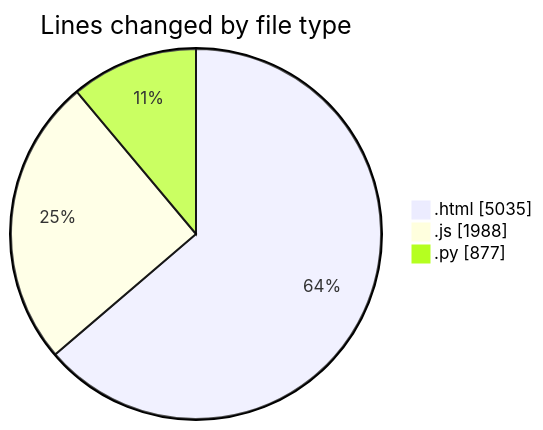
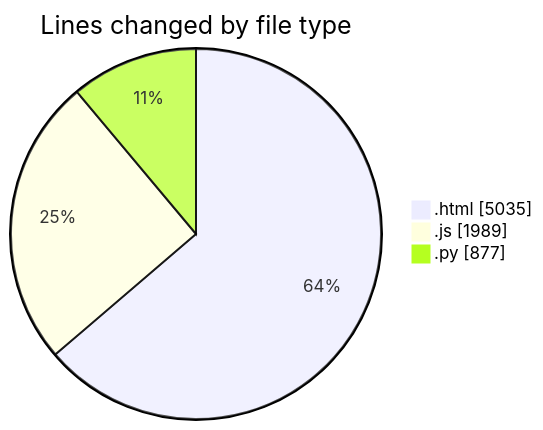
The first of 2 diagrams in 2026-07-15/shibass-ai/README.md (shibass792/code-tracking), drawn with Mermaid before and after one commit. The commit also changed other lines of this file and 1 other file, not shown here.

````diff
--- a/2026-07-15/shibass-ai/README.md
+++ b/2026-07-15/shibass-ai/README.md
@@ -26,7 +26,7 @@
 ```mermaid
 pie showData
 title Lines changed by file type
 ".html" : 5035
-".js" : 1988
+".js" : 1989
 ".py" : 877
 ```
````
